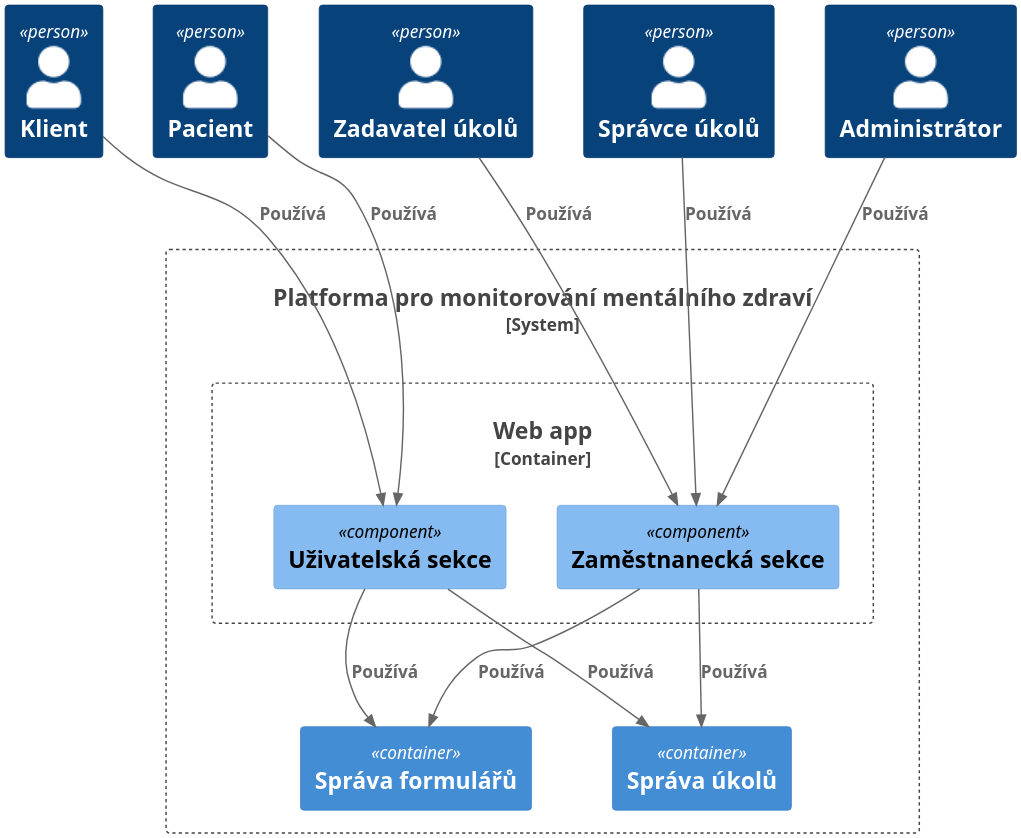
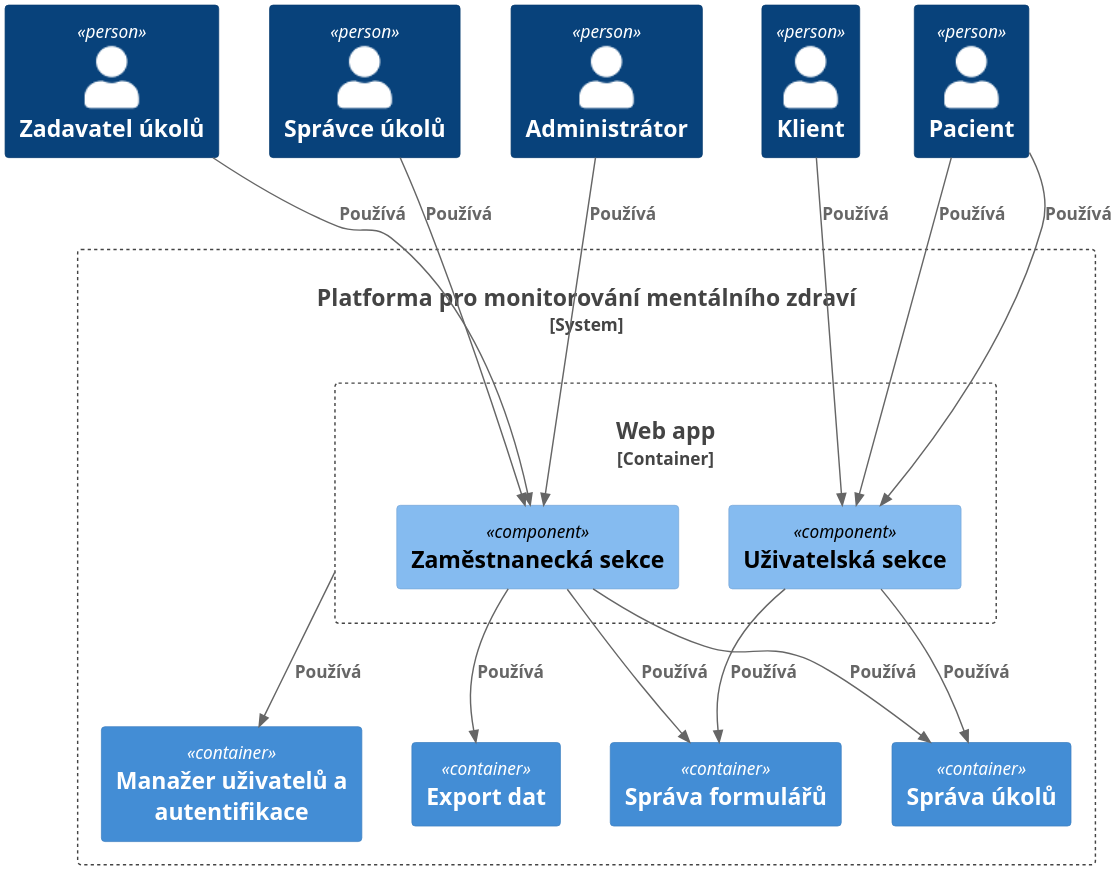
The diagram in src/diagrams/architecture/webApplicationComponent.puml (PatrikTrefil/bakalarska-prace), drawn with PlantUML before and after one commit. The commit also changed 2 other files, not shown here.

Commit message:
update diagrams (export container + fixes)

```diff
--- a/src/diagrams/architecture/webApplicationComponent.puml
+++ b/src/diagrams/architecture/webApplicationComponent.puml
@@ -1,39 +1,44 @@
 @startuml
 skinparam dpi 300
 
 !include ../lib/C4_Component.puml
 
 
 Person(pacient, "Pacient")
 Person(klient, "Klient")
 Person(admin, "Administrátor")
 Person(spravceUkolu, "Správce úkolů")
 Person(zadavatelUkolu, "Zadavatel úkolů")
 
 System_Boundary(systemBoundary, "Platforma pro monitorování mentálního zdraví") {
     Container_Boundary(webAppBoundary, "Web app") {
         Component(userSection, "Uživatelská sekce")
         Component(managementSection, "Zaměstnanecká sekce")
     }
     Container(spravaFormularu, "Správa formulářů")
     Container(spravaUkolu, "Správa úkolů")
+    Container(export, "Export dat")
+    Container(manazerUzivatelu, "Manažer uživatelů a autentifikace")
 }
 
 Lay_D(pacient, webAppBoundary)
 Lay_D(klient, webAppBoundary)
 Lay_D(admin, webAppBoundary)
 Lay_D(spravceUkolu, webAppBoundary)
 Lay_D(zadavatelUkolu, webAppBoundary)
 
 Rel(pacient, userSection, "Používá")
 Rel(klient, userSection, "Používá")
 Rel(admin, managementSection, "Používá")
 Rel(spravceUkolu, managementSection, "Používá")
 Rel(zadavatelUkolu, managementSection, "Používá")
 
+Rel(managementSection, export, "Používá")
+Rel(webAppBoundary, manazerUzivatelu, "Používá")
+Rel(pacient, userSection, "Používá")
 Rel(userSection, spravaFormularu, "Používá")
 Rel(managementSection, spravaFormularu, "Používá")
 Rel(userSection, spravaUkolu, "Používá")
 Rel(managementSection, spravaUkolu, "Používá")
 
 @enduml
```
